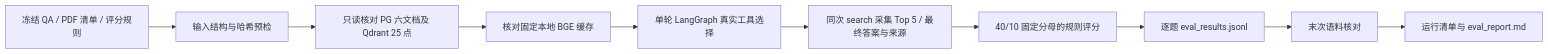
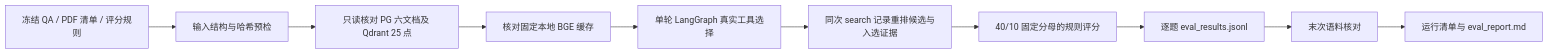
One commit to itysrw/rag-agent changed the third of 5 diagrams in docs/architecture.md. Above: the diagram before and after it, drawn with Mermaid. The commit also changed other lines of this file and 5 other files, not shown here.

```diff
--- a/docs/architecture.md
+++ b/docs/architecture.md
@@ -19,12 +46,12 @@
 ~~~mermaid
 flowchart LR
     Inputs[冻结 QA / PDF 清单 / 评分规则] --> Validate[输入结构与哈希预检]
     Validate --> Stores[只读核对 PG 六文档及 Qdrant 25 点]
     Stores --> Models[核对固定本地 BGE 缓存]
     Models --> Graph[单轮 LangGraph 真实工具选择]
-    Graph --> Capture[同次 search 采集 Top 5 / 最终答案与来源]
+    Graph --> Capture[同次 search 记录重排候选与入选证据]
     Capture --> Score[40/10 固定分母的规则评分]
     Score --> Rows[逐题 eval_results.jsonl]
     Rows --> FinalCheck[末次语料核对]
     FinalCheck --> Report[运行清单与 eval_report.md]
 ~~~
```
